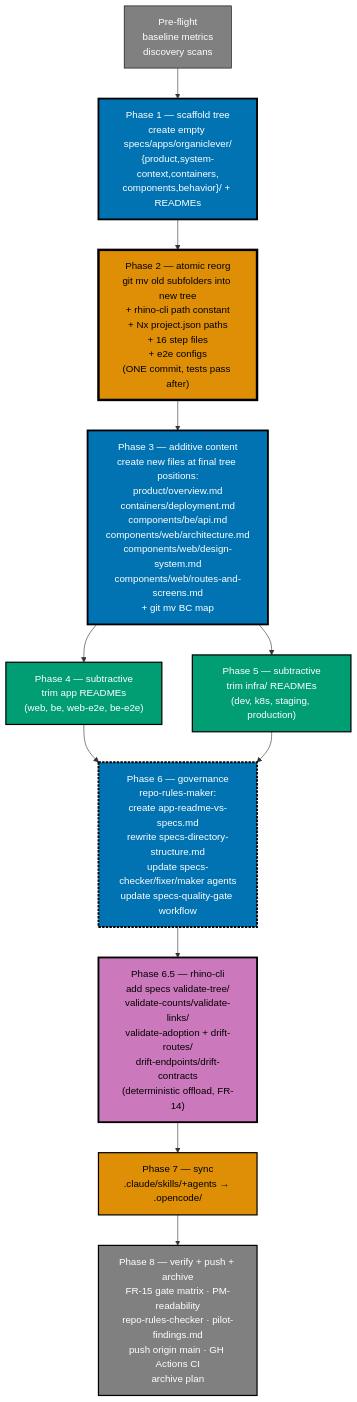
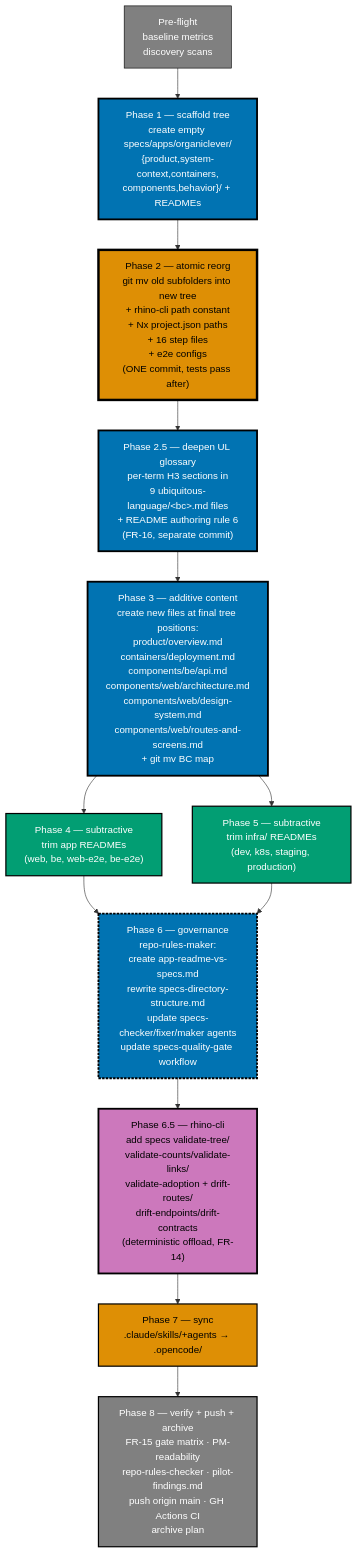
The diagram in plans/in-progress/organiclever-specs-standardization/delivery.md (wahidyankf/open-sharia-enterprise), drawn with Mermaid before and after one commit. The commit also changed other lines of this file and 4 other files, not shown here.

````diff
--- a/plans/in-progress/organiclever-specs-standardization/delivery.md
+++ b/plans/in-progress/organiclever-specs-standardization/delivery.md
@@ -29,34 +29,36 @@
 ```mermaid
 %% Color palette: Blue #0173B2 | Teal #029E73 | Orange #DE8F05 | Gray #808080
 flowchart TD
     Pre["Pre-flight<br/>baseline metrics<br/>discovery scans"]:::pre
     P1["Phase 1 — scaffold tree<br/>create empty specs/apps/organiclever/<br/>{product,system-context,containers,<br/>components,behavior}/ + READMEs"]:::add
     P2["Phase 2 — atomic reorg<br/>git mv old subfolders into new tree<br/>+ rhino-cli path constant<br/>+ Nx project.json paths<br/>+ 16 step files<br/>+ e2e configs<br/>(ONE commit, tests pass after)"]:::big
+    P25["Phase 2.5 — deepen UL glossary<br/>per-term H3 sections in<br/>9 ubiquitous-language/&lt;bc&gt;.md files<br/>+ README authoring rule 6<br/>(FR-16, separate commit)"]:::add
     P3["Phase 3 — additive content<br/>create new files at final tree positions:<br/>product/overview.md<br/>containers/deployment.md<br/>components/be/api.md<br/>components/web/architecture.md<br/>components/web/design-system.md<br/>components/web/routes-and-screens.md<br/>+ git mv BC map"]:::add
     P4["Phase 4 — subtractive<br/>trim app READMEs<br/>(web, be, web-e2e, be-e2e)"]:::sub
     P5["Phase 5 — subtractive<br/>trim infra/ READMEs<br/>(dev, k8s, staging, production)"]:::sub
     P6["Phase 6 — governance<br/>repo-rules-maker:<br/>create app-readme-vs-specs.md<br/>rewrite specs-directory-structure.md<br/>update specs-checker/fixer/maker agents<br/>update specs-quality-gate workflow"]:::gov
     P65["Phase 6.5 — rhino-cli<br/>add specs validate-tree/<br/>validate-counts/validate-links/<br/>validate-adoption + drift-routes/<br/>drift-endpoints/drift-contracts<br/>(deterministic offload, FR-14)"]:::rhinocli
     P7["Phase 7 — sync<br/>.claude/skills/+agents → .opencode/"]:::sync
     P8["Phase 8 — verify + push + archive<br/>FR-15 gate matrix · PM-readability<br/>repo-rules-checker · pilot-findings.md<br/>push origin main · GH Actions CI<br/>archive plan"]:::verify
 
     Pre --> P1
     P1 --> P2
-    P2 --> P3
+    P2 --> P25
+    P25 --> P3
     P3 --> P4
     P3 --> P5
     P4 --> P6
     P5 --> P6
     P6 --> P65
     P65 --> P7
     P7 --> P8
 
     classDef pre fill:#808080,stroke:#000,color:#FFF
     classDef add fill:#0173B2,stroke:#000,color:#FFF,stroke-width:3px
     classDef big fill:#DE8F05,stroke:#000,color:#000,stroke-width:4px
     classDef sub fill:#029E73,stroke:#000,color:#FFF,stroke-width:2px
     classDef gov fill:#0173B2,stroke:#000,color:#FFF,stroke-width:3px,stroke-dasharray:4 2
     classDef rhinocli fill:#CC78BC,stroke:#000,color:#000,stroke-width:3px
     classDef sync fill:#DE8F05,stroke:#000,color:#000,stroke-width:2px
     classDef verify fill:#808080,stroke:#000,color:#FFF,stroke-width:2px
 ```
````
